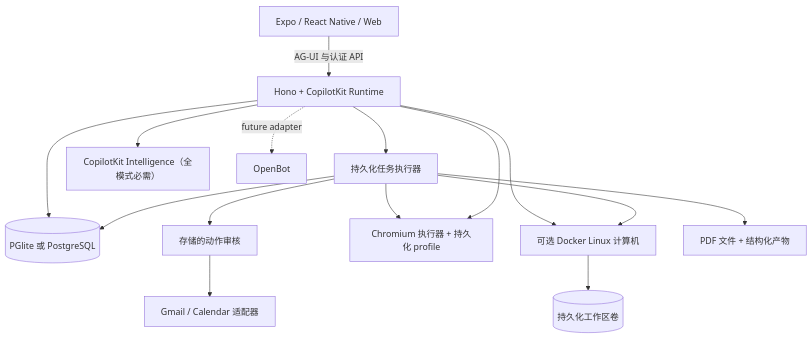
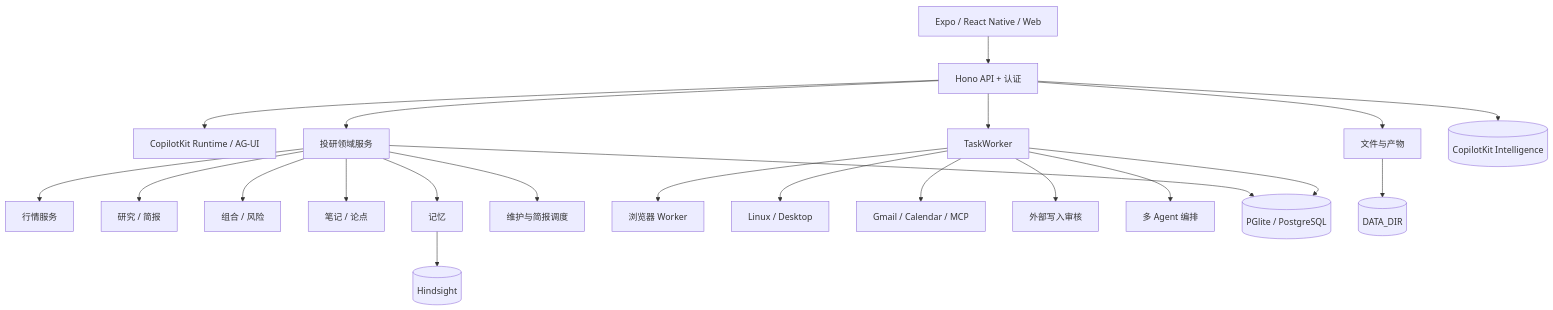
Before and after one commit to quncezhineng/lingwu: the second of 2 diagrams in docs/WIKI.md, drawn with Mermaid. The commit also changed other lines of this file and 7 other files, not shown here.

````diff
--- a/docs/WIKI.md
+++ b/docs/WIKI.md
@@ -54,17 +262,24 @@
 ```mermaid
-flowchart TD
-  Client[Expo / React Native / Web] -->|AG-UI 与认证 API| API[Hono + CopilotKit Runtime]
-  API --> Tasks[持久化任务执行器]
-  API --> Threads[CopilotKit Intelligence（全模式必需）]
-  API --> Store[(PGlite 或 PostgreSQL)]
-  Tasks --> Store
-  Tasks --> Review[存储的动作审核]
-  Review --> Google[Gmail / Calendar 适配器]
-  Tasks --> Browser[Chromium 执行器 + 持久化 profile]
-  API --> Browser
-  API --> Computer[可选 Docker Linux 计算机]
-  Tasks --> Computer
-  Computer --> Volume[(持久化工作区卷)]
-  Tasks --> Files[PDF 文件 + 结构化产物]
-  API -. future adapter .-> OpenBot[OpenBot]
+flowchart TB
+  Client[Expo / React Native / Web] --> API[Hono API + 认证]
+  API --> Runtime[CopilotKit Runtime / AG-UI]
+  API --> Tasks[TaskWorker]
+  API --> Services[投研领域服务]
+  API --> Files[文件与产物]
+  Services --> Market[行情服务]
+  Services --> Research[研究 / 简报]
+  Services --> Portfolio[组合 / 风险]
+  Services --> Notes[笔记 / 论点]
+  Services --> Memory[记忆]
+  Services --> Schedule[维护与简报调度]
+  Tasks --> Browser[浏览器 Worker]
+  Tasks --> Computer[Linux / Desktop]
+  Tasks --> Connectors[Gmail / Calendar / MCP]
+  Tasks --> Reviews[外部写入审核]
+  Tasks --> Orchestrator[多 Agent 编排]
+  API --> Threads[(CopilotKit Intelligence)]
+  Tasks --> Records[(PGlite / PostgreSQL)]
+  Services --> Records
+  Memory --> Hindsight[(Hindsight)]
+  Files --> Data[(DATA_DIR)]
 ```
````
